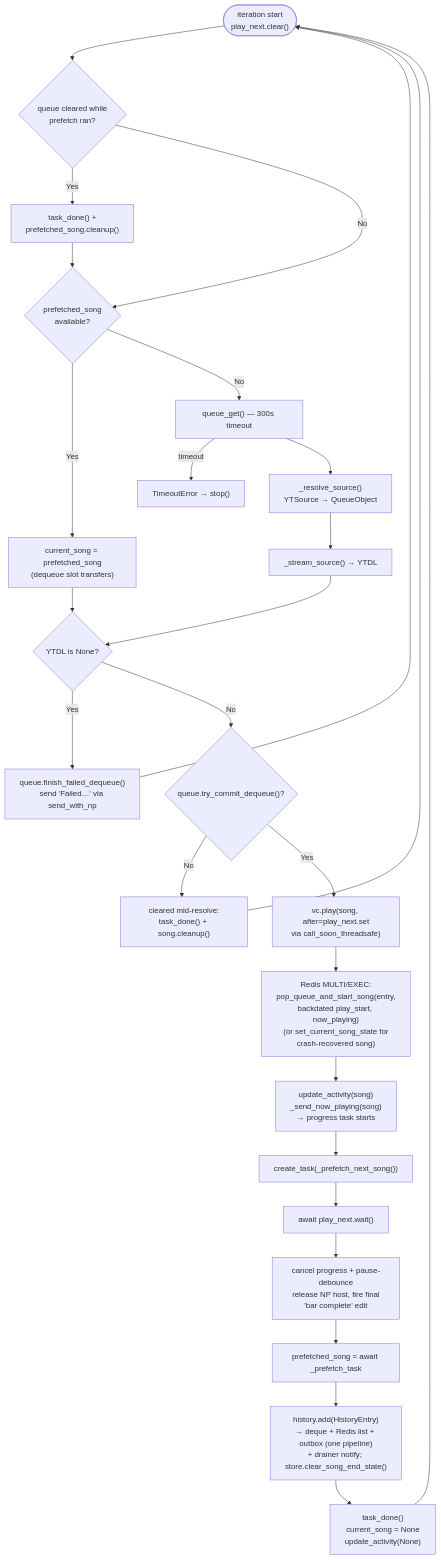
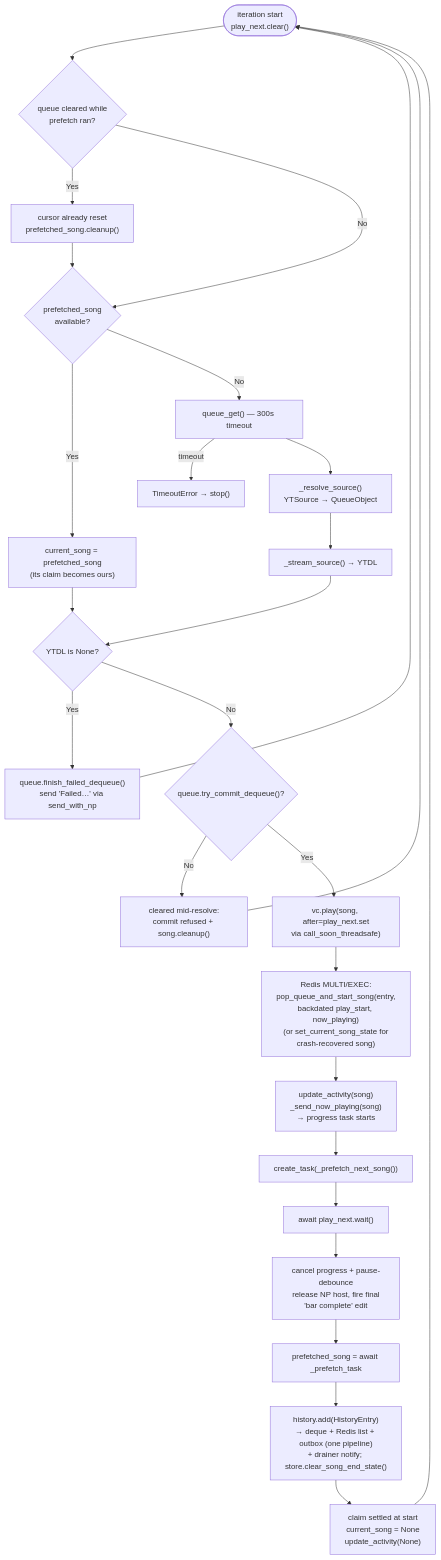
One commit to kawadeomkar/discord-music-bot changed the tenth of 15 diagrams in docs/ARCHITECTURE.md. Above: the diagram before and after it, drawn with Mermaid. The commit also changed other lines of this file and 2 other files, not shown here.

````diff
--- a/docs/ARCHITECTURE.md
+++ b/docs/ARCHITECTURE.md
@@ -568,38 +568,38 @@
 ```mermaid
 flowchart TD
     Start(["iteration start\nplay_next.clear()"])
     Cleared{"queue cleared while\nprefetch ran?"}
-    DropPF["task_done() +\nprefetched_song.cleanup()"]
+    DropPF["cursor already reset\nprefetched_song.cleanup()"]
     HavePF{"prefetched_song\navailable?"}
-    UsePF["current_song = prefetched_song\n(dequeue slot transfers)"]
+    UsePF["current_song = prefetched_song\n(its claim becomes ours)"]
     GetQueue["queue_get() — 300s timeout"]
     Timeout["TimeoutError → stop()"]
     Resolve["_resolve_source()\nYTSource → QueueObject"]
     Stream["_stream_source() → YTDL"]
     Failed{"YTDL is None?"}
     FailPop["queue.finish_failed_dequeue()\nsend 'Failed…' via send_with_np"]
     Commit{"queue.try_commit_dequeue()?"}
-    Discard["cleared mid-resolve:\ntask_done() + song.cleanup()"]
+    Discard["cleared mid-resolve:\ncommit refused + song.cleanup()"]
     Play["vc.play(song, after=play_next.set\nvia call_soon_threadsafe)"]
     Persist["Redis MULTI/EXEC:\npop_queue_and_start_song(entry,\nbackdated play_start, now_playing)\n(or set_current_song_state for\ncrash-recovered song)"]
     NP["update_activity(song)\n_send_now_playing(song)\n→ progress task starts"]
     Prefetch["create_task(_prefetch_next_song())"]
     Wait["await play_next.wait()"]
     Retire["cancel progress + pause-debounce\nrelease NP host, fire final\n'bar complete' edit"]
     Collect["prefetched_song = await _prefetch_task"]
     History["history.add(HistoryEntry)\n→ deque + Redis list + outbox (one pipeline)\n+ drainer notify; store.clear_song_end_state()"]
-    Done["task_done()\ncurrent_song = None\nupdate_activity(None)"]
+    Done["claim settled at start\ncurrent_song = None\nupdate_activity(None)"]
 
     Start --> Cleared
     Cleared -->|Yes| DropPF --> HavePF
     Cleared -->|No| HavePF
     HavePF -->|Yes| UsePF --> Failed
     HavePF -->|No| GetQueue
     GetQueue -->|timeout| Timeout
     GetQueue --> Resolve --> Stream --> Failed
     Failed -->|Yes| FailPop --> Start
     Failed -->|No| Commit
     Commit -->|No| Discard --> Start
     Commit -->|Yes| Play --> Persist --> NP --> Prefetch --> Wait
     Wait --> Retire --> Collect --> History --> Done --> Start
 ```
````
